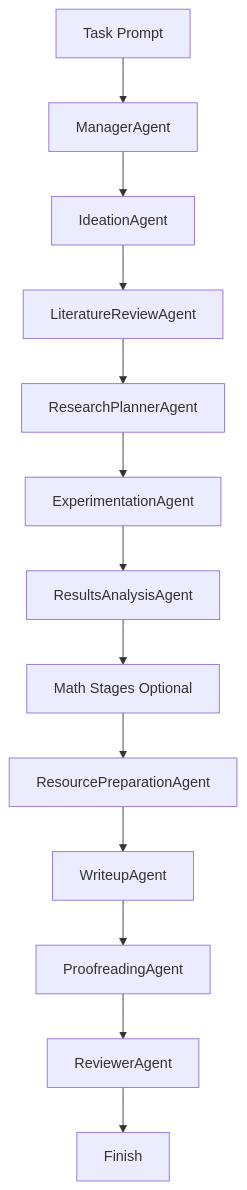
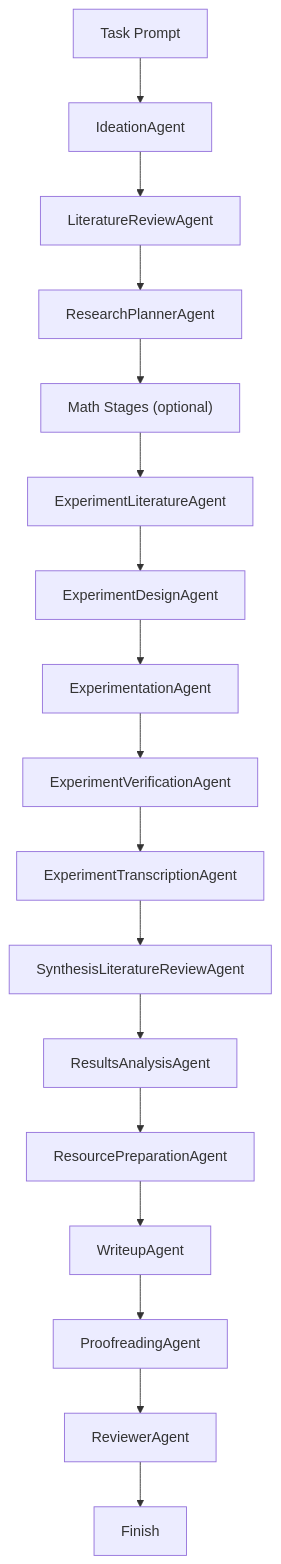
One commit to andreb999999/pAI-physics changed the first of 2 diagrams in README.md. Above: the diagram before and after it, drawn with Mermaid. The commit also changed other lines of this file and 76 other files, not shown here.

````diff
--- a/README.md
+++ b/README.md
@@ -73,15 +123,19 @@
 ```mermaid
 flowchart TD
-    taskPrompt["Task Prompt"] --> manager["ManagerAgent"]
-    manager --> ideation["IdeationAgent"]
+    taskPrompt["Task Prompt"] --> ideation["IdeationAgent"]
     ideation --> litReview["LiteratureReviewAgent"]
     litReview --> planner["ResearchPlannerAgent"]
-    planner --> experiment["ExperimentationAgent"]
-    experiment --> analysis["ResultsAnalysisAgent"]
-    analysis --> mathOptional["Math Stages Optional"]
-    mathOptional --> resourcePrep["ResourcePreparationAgent"]
+    planner --> mathOptional["Math Stages (optional)"]
+    mathOptional --> expLit["ExperimentLiteratureAgent"]
+    expLit --> expDesign["ExperimentDesignAgent"]
+    expDesign --> experiment["ExperimentationAgent"]
+    experiment --> expVerify["ExperimentVerificationAgent"]
+    expVerify --> expTranscribe["ExperimentTranscriptionAgent"]
+    expTranscribe --> synthLit["SynthesisLiteratureReviewAgent"]
+    synthLit --> analysis["ResultsAnalysisAgent"]
+    analysis --> resourcePrep["ResourcePreparationAgent"]
     resourcePrep --> writeup["WriteupAgent"]
     writeup --> proofread["ProofreadingAgent"]
     proofread --> reviewer["ReviewerAgent"]
     reviewer --> finish["Finish"]
 ```
````
